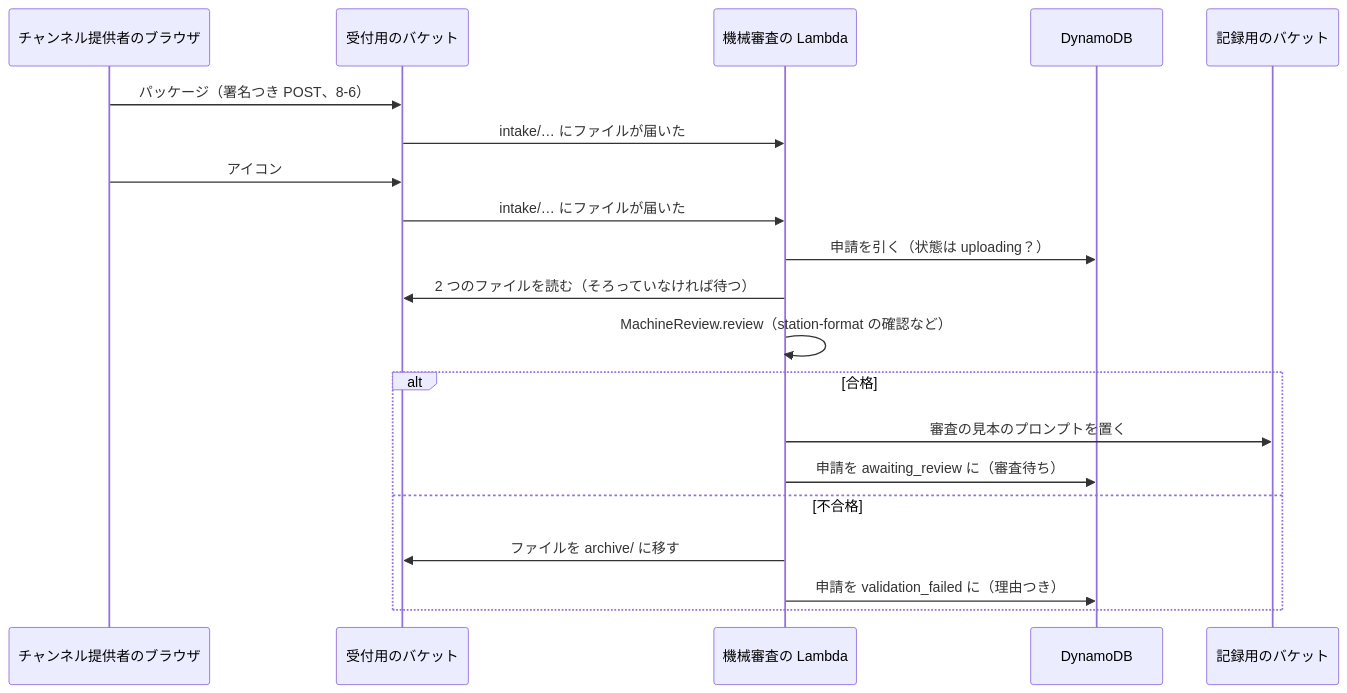
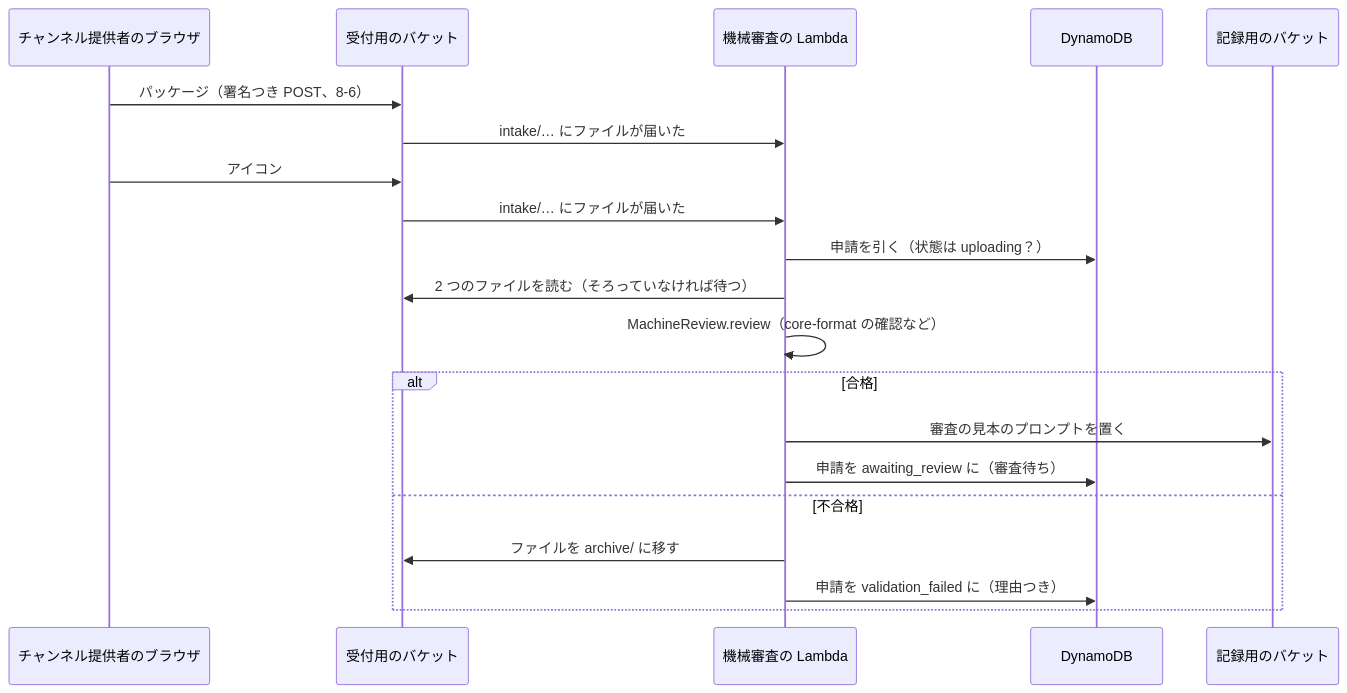
Before and after one commit to duwenji/yorisoi-tutorial: the second of 2 diagrams in 08-aws/08-kotlin-lambda.md, drawn with Mermaid. The commit also changed other lines of this file and 18 other files, not shown here.

Commit message:
docs: 第 0・1・4・6〜9 部と技術カードの station-format の記述を、コアとプロンプト・パックに直す

````diff
--- a/08-aws/08-kotlin-lambda.md
+++ b/08-aws/08-kotlin-lambda.md
@@ -31,22 +31,22 @@
 ```mermaid
 sequenceDiagram
     participant B as チャンネル提供者のブラウザ
     participant S as 受付用のバケット
     participant V as 機械審査の Lambda
     participant D as DynamoDB
     participant R as 記録用のバケット
     B->>S: パッケージ（署名つき POST、8-6）
     S->>V: intake/… にファイルが届いた
     B->>S: アイコン
     S->>V: intake/… にファイルが届いた
     V->>D: 申請を引く（状態は uploading？）
     V->>S: 2 つのファイルを読む（そろっていなければ待つ）
-    V->>V: MachineReview.review（station-format の確認など）
+    V->>V: MachineReview.review（core-format の確認など）
     alt 合格
         V->>R: 審査の見本のプロンプトを置く
         V->>D: 申請を awaiting_review に（審査待ち）
     else 不合格
         V->>S: ファイルを archive/ に移す
         V->>D: 申請を validation_failed に（理由つき）
     end
 ```
````
